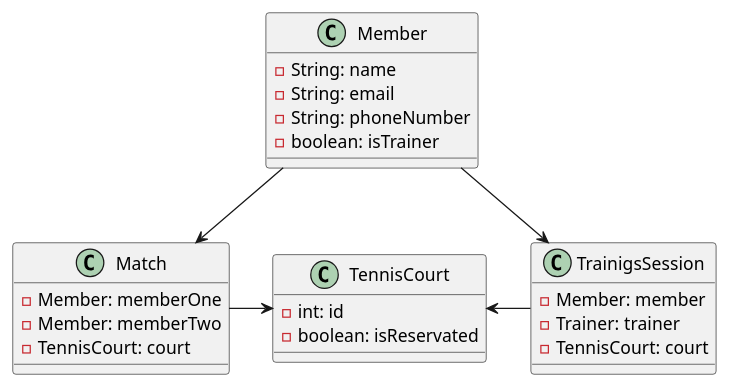
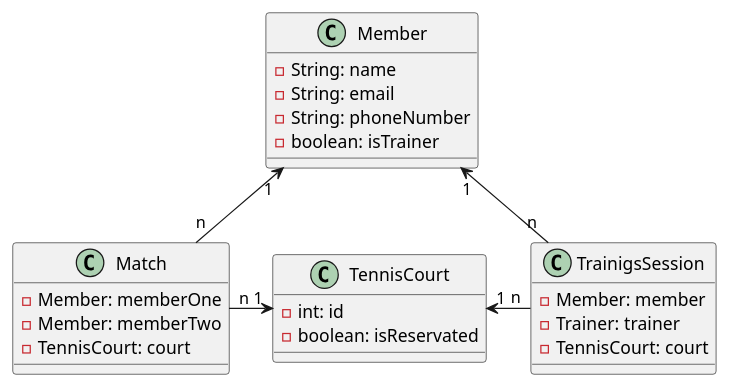
The diagram in asciidocs/index.adoc (2122-4ahif-nvs/01-microproject-KoenigJulia), drawn with PlantUML before and after one commit. The commit also changed other lines of this file and 1253 other files, not shown here.

```diff
--- a/asciidocs/index.adoc
+++ b/asciidocs/index.adoc
@@ -16,34 +16,34 @@
 [plantuml]
 ----
 @startuml
 
 class Member{
     - String: name
     - String: email
     - String: phoneNumber
     - boolean: isTrainer
 }
 
 class Match{
     - Member: memberOne
     - Member: memberTwo
     - TennisCourt: court
 }
 
 class TrainigsSession{
     - Member: member
     - Trainer: trainer
     - TennisCourt: court
 }
 
 class TennisCourt{
     - int: id
     - boolean: isReservated
 }
 
-Member --> TrainigsSession
-TrainigsSession -l-> TennisCourt
-Member --> Match
-Match -r-> TennisCourt
+Member "1" <-- "n" TrainigsSession
+TrainigsSession "n" -l-> "1" TennisCourt
+Member "1" <-- "n" Match
+Match "n" -r-> "1" TennisCourt
 @enduml
 ----
```
